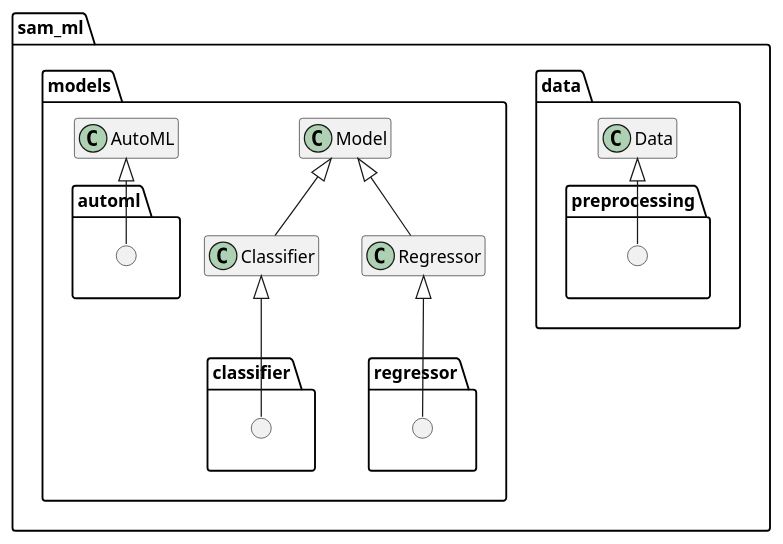
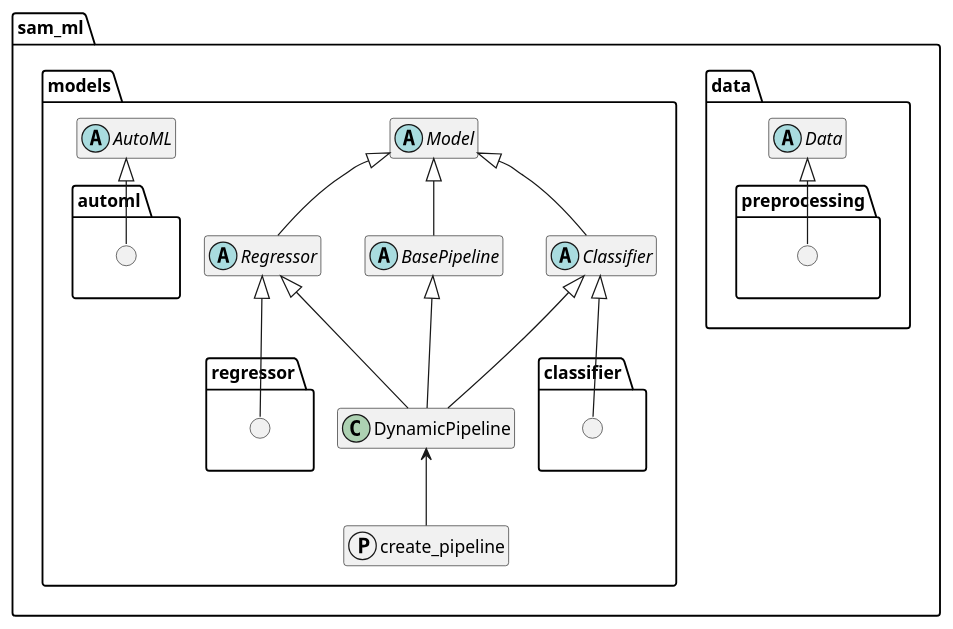
The diagram in docs/package_graph.rst (Priapos1004/SAM_ML), drawn with PlantUML before and after one commit. The commit also changed other lines of this file and 11 other files, not shown here.

```diff
--- a/docs/package_graph.rst
+++ b/docs/package_graph.rst
@@ -4,40 +4,49 @@
 .. uml::
 
     @startuml
     skinparam classAttributeIconSize 0
     hide empty members
 
     package "sam_ml" {
 
         package "sam_ml.data" {
-            class Data
+            abstract class Data
             package "sam_ml.data.preprocessing" {
                 circle " "
             }
         }
 
         package "sam_ml.models" {
-            class Model
-            class Classifier
-            class Regressor
-            class AutoML
+            abstract class Model
+            abstract class Classifier
+            abstract class Regressor
+            abstract class BasePipeline
+            protocol create_pipeline
+            class DynamicPipeline
             package "sam_ml.models.classifier" {
                 circle "  "
             }
             package "sam_ml.models.regressor" {
                 circle "   "
             }
+
+            abstract class AutoML
             package "sam_ml.models.automl" {
                 circle "    "
-        }
+            }
         }
     }
 
     AutoML <|-- "    "
     Data <|-- " "
     Model <|-- Classifier
     Model <|-- Regressor
+    Model <|-- BasePipeline
     Classifier <|-- "  "
+    Classifier <|-- DynamicPipeline
+    Regressor <|-- DynamicPipeline
     Regressor <|-- "   "
+    DynamicPipeline <-- create_pipeline
+    BasePipeline <|-- DynamicPipeline
 
     @enduml
```
